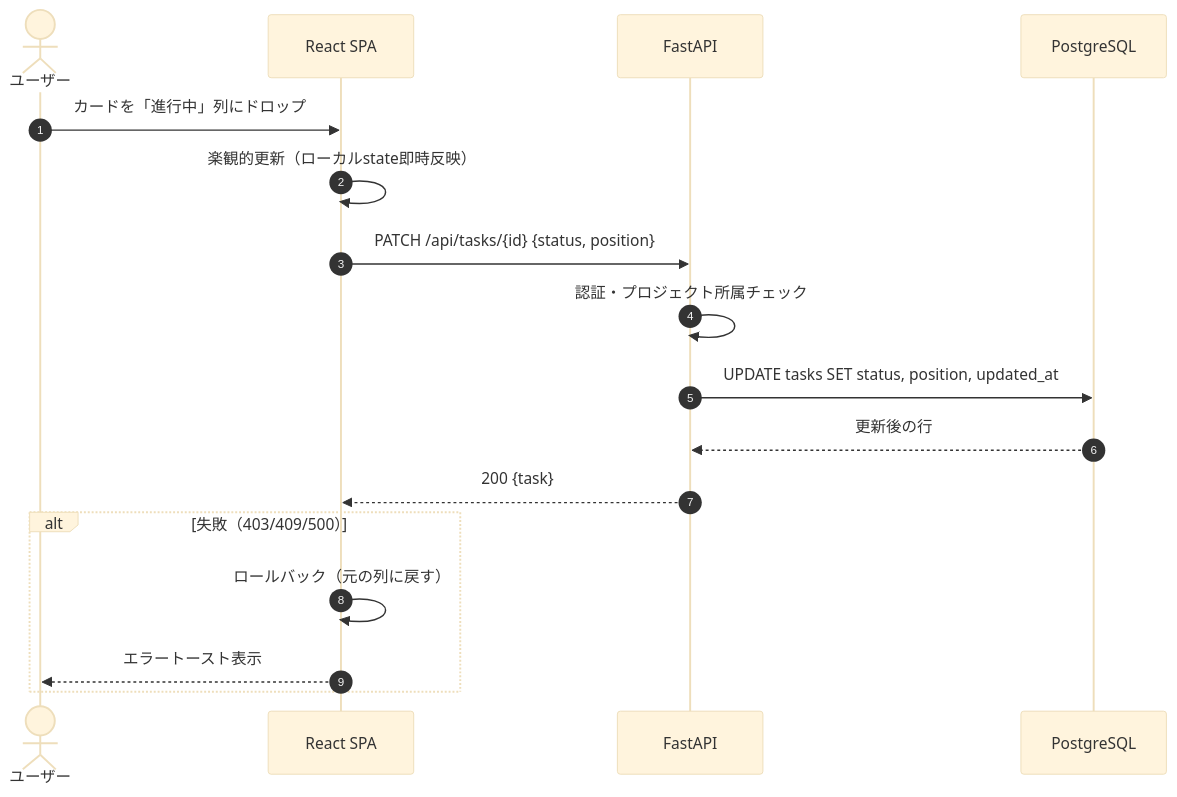
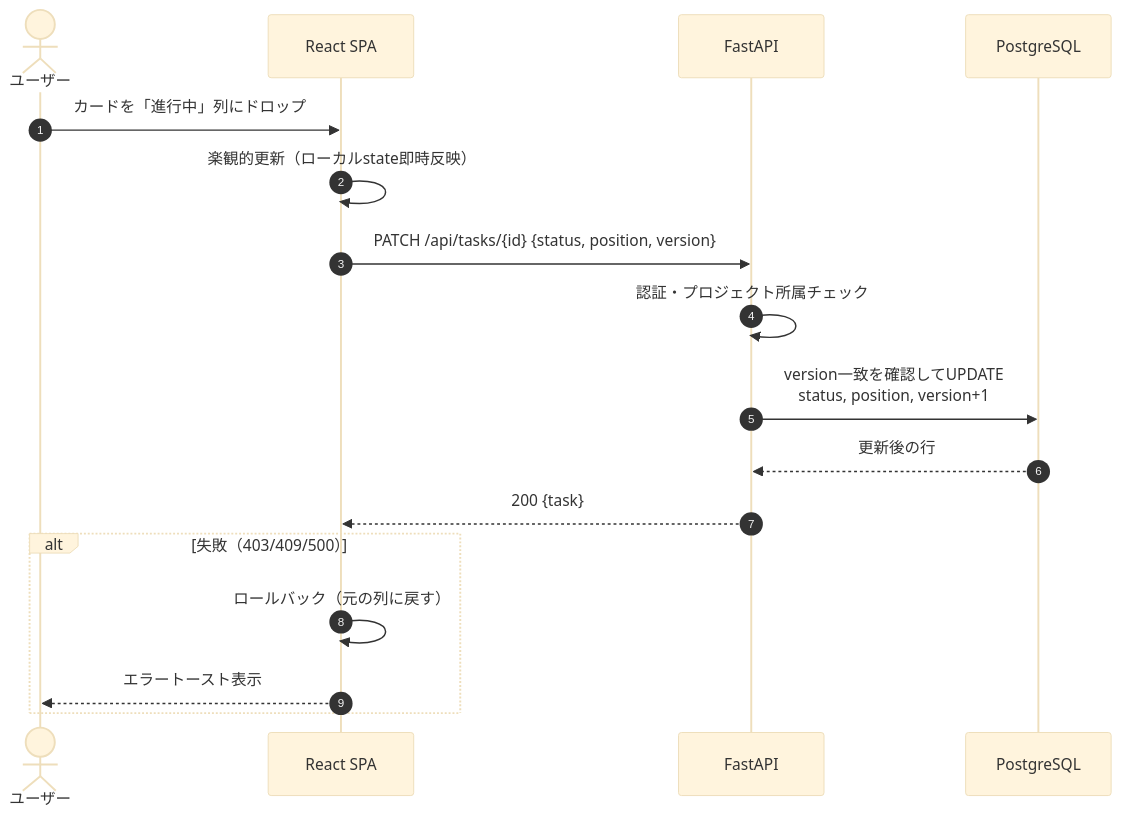
One commit to oikawa-d/task_management changed the fifth of 7 diagrams in basic_design/00_overview.md. Above: the diagram before and after it, drawn with Mermaid (base theme). The commit also changed other lines of this file and 15 other files, not shown here.

````diff
--- a/basic_design/00_overview.md
+++ b/basic_design/00_overview.md
@@ -198,20 +175,20 @@
 ```mermaid
 sequenceDiagram
     autonumber
     actor U as ユーザー
     participant FE as React SPA
     participant API as FastAPI
     participant PG as PostgreSQL
 
     U->>FE: カードを「進行中」列にドロップ
     FE->>FE: 楽観的更新（ローカルstate即時反映）
-    FE->>API: PATCH /api/tasks/{id} {status, position}
+    FE->>API: PATCH /api/tasks/{id} {status, position, version}
     API->>API: 認証・プロジェクト所属チェック
-    API->>PG: UPDATE tasks SET status, position, updated_at
+    API->>PG: version一致を確認してUPDATE<br/>status, position, version+1
     PG-->>API: 更新後の行
     API-->>FE: 200 {task}
     alt 失敗（403/409/500）
         FE->>FE: ロールバック（元の列に戻す）
         FE-->>U: エラートースト表示
     end
 ```
````
